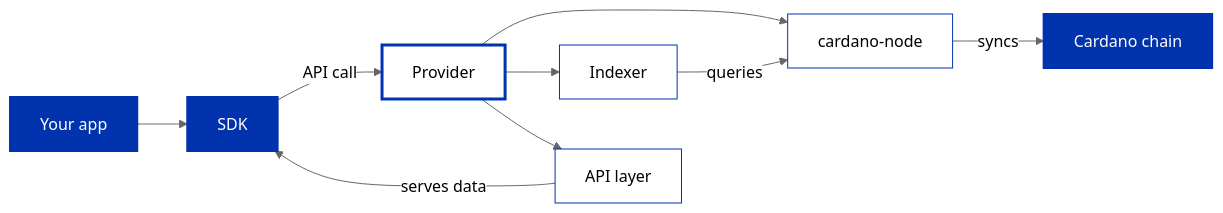
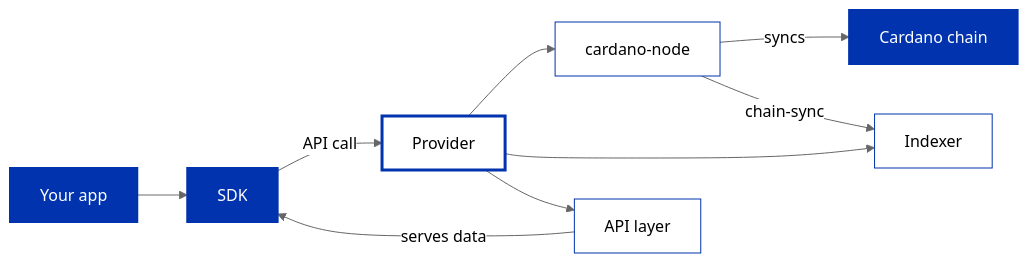
One commit to cardano-foundation/developer-portal changed the first of 2 diagrams in docs/developers/curriculum/production/connecting-to-the-chain.md. Above: the diagram before and after it, drawn with Mermaid (neutral theme). The commit also changed other lines of this file and 6 other files, not shown here.

````diff
--- a/docs/developers/curriculum/production/connecting-to-the-chain.md
+++ b/docs/developers/curriculum/production/connecting-to-the-chain.md
@@ -23,19 +23,19 @@
 ```mermaid
 graph LR
     App[Your app] --> SDK[SDK]
     SDK --> |API call| Provider[Provider]
     Provider --> Node[cardano-node]
     Provider --> Indexer[Indexer]
     Provider --> API[API layer]
     Node --> |syncs| Blockchain[Cardano chain]
-    Indexer --> |queries| Node
+    Node --> |chain-sync| Indexer
     API --> |serves data| SDK
 
     style App fill:#0033AD,stroke:#0033AD,stroke-width:2px,color:#FFFFFF
     style SDK fill:#0033AD,stroke:#0033AD,stroke-width:2px,color:#FFFFFF
     style Provider fill:#FFFFFF,stroke:#0033AD,stroke-width:3px,color:#000000
     style Node fill:#FFFFFF,stroke:#0033AD,stroke-width:1px,color:#000000
     style Indexer fill:#FFFFFF,stroke:#0033AD,stroke-width:1px,color:#000000
     style API fill:#FFFFFF,stroke:#0033AD,stroke-width:1px,color:#000000
     style Blockchain fill:#0033AD,stroke:#0033AD,stroke-width:2px,color:#FFFFFF
 ```
````
